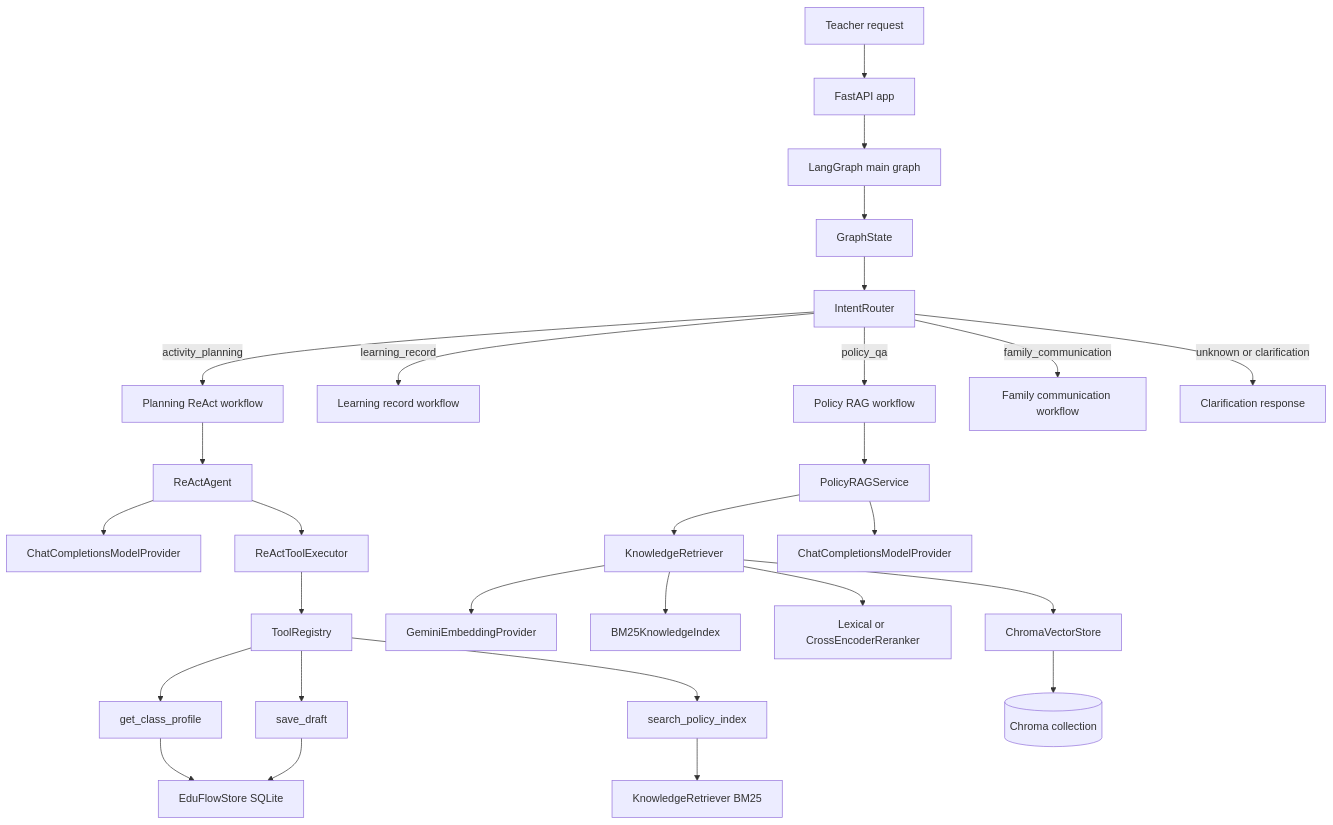
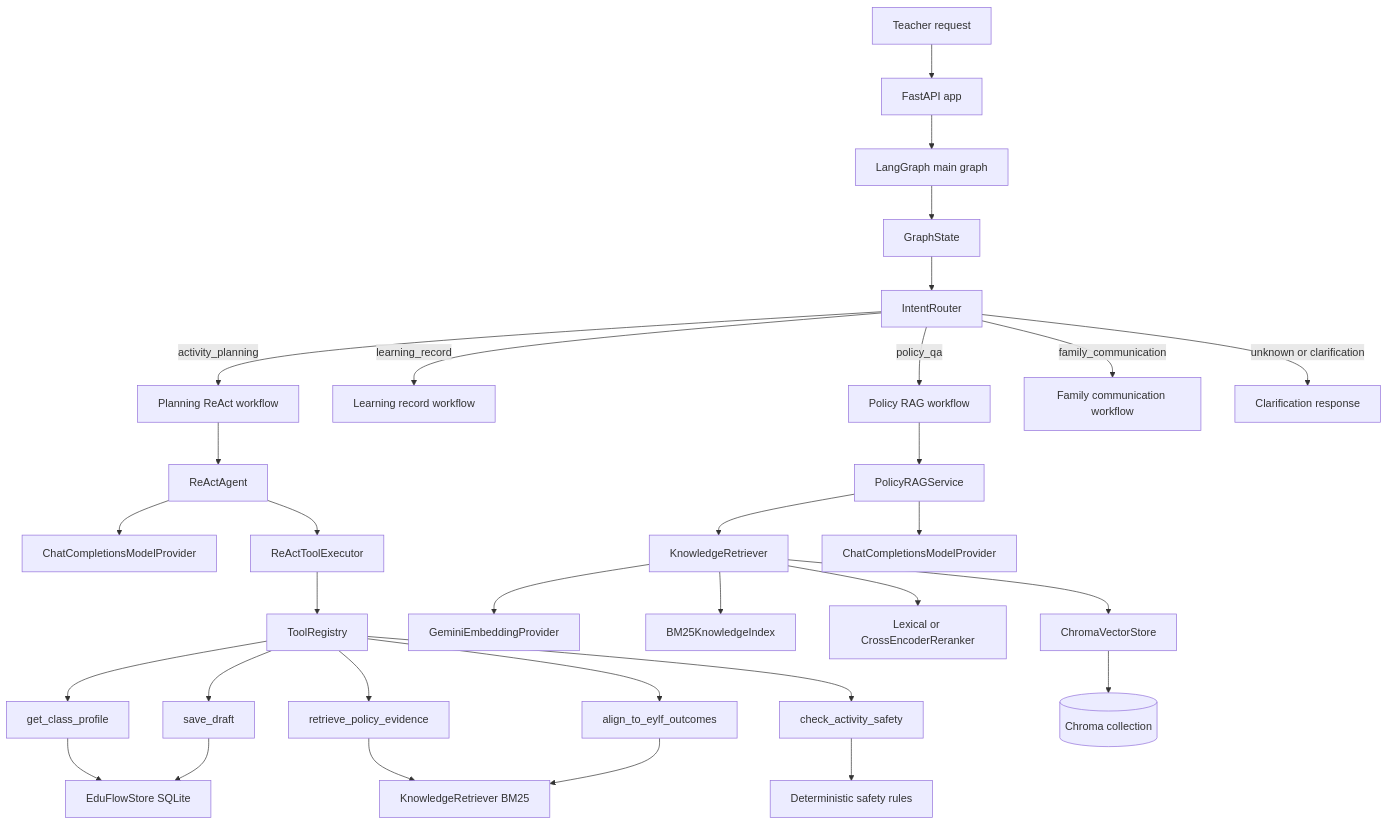
Before and after one commit to MengC-OvO/easy-teaching: the first of 3 diagrams in README.md, drawn with Mermaid. The commit also changed other lines of this file and 8 other files, not shown here.

````diff
--- a/README.md
+++ b/README.md
@@ -26,33 +26,37 @@
 ```mermaid
 flowchart TD
     User[Teacher request] --> API[FastAPI app]
     API --> MainGraph[LangGraph main graph]
     MainGraph --> GraphState[GraphState]
     GraphState --> Router[IntentRouter]
 
     Router -->|activity_planning| PlanningReAct[Planning ReAct workflow]
     Router -->|learning_record| LearningPlaceholder[Learning record workflow]
     Router -->|policy_qa| PolicyRAG[Policy RAG workflow]
     Router -->|family_communication| FamilyPlaceholder[Family communication workflow]
     Router -->|unknown or clarification| Clarification[Clarification response]
 
     PlanningReAct --> ReActAgent[ReActAgent]
     ReActAgent --> ModelProvider[ChatCompletionsModelProvider]
     ReActAgent --> ReActExecutor[ReActToolExecutor]
     ReActExecutor --> ToolRegistry[ToolRegistry]
     ToolRegistry --> ClassTool[get_class_profile]
-    ToolRegistry --> PolicyTool[search_policy_index]
+    ToolRegistry --> EvidenceTool[retrieve_policy_evidence]
+    ToolRegistry --> SafetyTool[check_activity_safety]
+    ToolRegistry --> EylfTool[align_to_eylf_outcomes]
     ToolRegistry --> DraftTool[save_draft]
     ClassTool --> Store[EduFlowStore SQLite]
     DraftTool --> Store
-    PolicyTool --> PlanningRetrieval[KnowledgeRetriever BM25]
+    EvidenceTool --> PlanningRetrieval[KnowledgeRetriever BM25]
+    EylfTool --> PlanningRetrieval
+    SafetyTool --> SafetyRules[Deterministic safety rules]
 
     PolicyRAG --> PolicyService[PolicyRAGService]
     PolicyService --> Retrieval[KnowledgeRetriever]
     Retrieval --> Embeddings[GeminiEmbeddingProvider]
     Retrieval --> BM25[BM25KnowledgeIndex]
     Retrieval --> Reranker[Lexical or CrossEncoderReranker]
     Retrieval --> VectorStore[ChromaVectorStore]
     VectorStore --> Chroma[(Chroma collection)]
     PolicyService --> AnswerModel[ChatCompletionsModelProvider]
 ```
````
